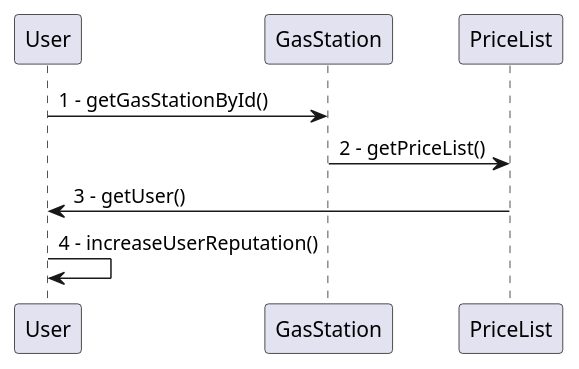
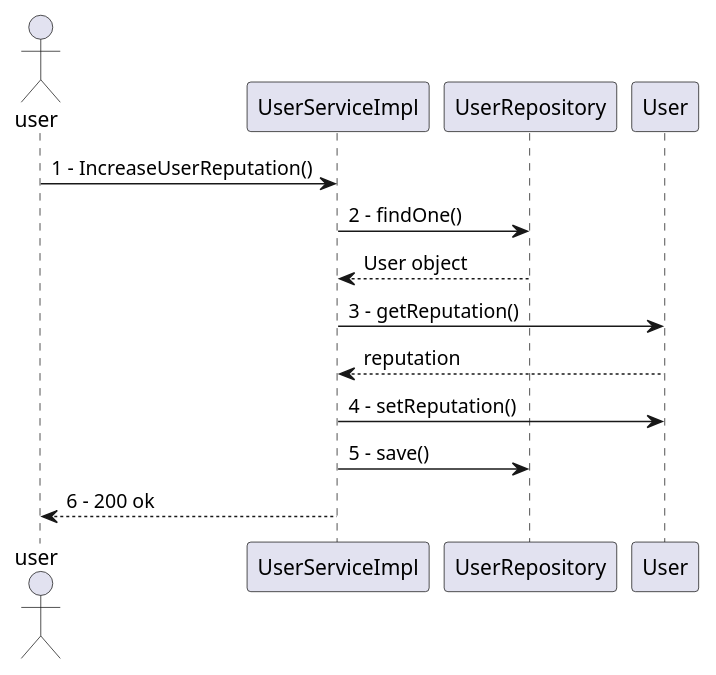
Before and after one commit to polito-se2-2020-team6/ezgas: the fifth of 6 diagrams in docs/DesignDocument.md, drawn with PlantUML. The commit also changed other lines of this file, not shown here.

Commit message:
docs: add verification sequence diagrams

````diff
--- a/docs/DesignDocument.md
+++ b/docs/DesignDocument.md
@@ -481,10 +537,13 @@
 ```plantuml
 @startuml
-
-User -> GasStation : 1 - getGasStationById()
-GasStation -> PriceList : 2 - getPriceList()
-PriceList -> User : 3 - getUser()
-User -> User : 4 - increaseUserReputation()
-
+actor user as u
+u -> UserServiceImpl : 1 - IncreaseUserReputation()
+UserServiceImpl -> UserRepository : 2 - findOne()
+UserRepository --> UserServiceImpl : User object
+UserServiceImpl -> User: 3 - getReputation()
+User --> UserServiceImpl : reputation
+UserServiceImpl -> User: 4 - setReputation()
+UserServiceImpl -> UserRepository : 5 - save()
+UserServiceImpl --> u : 6 - 200 ok
 @enduml
 ```
````
